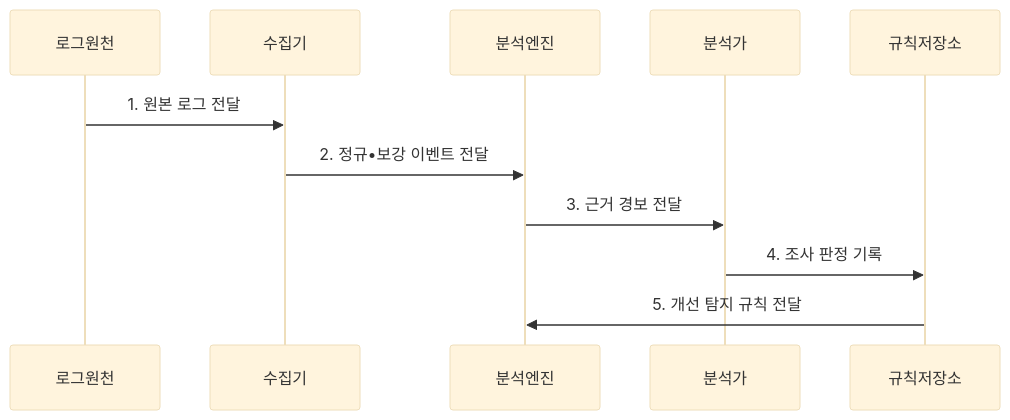
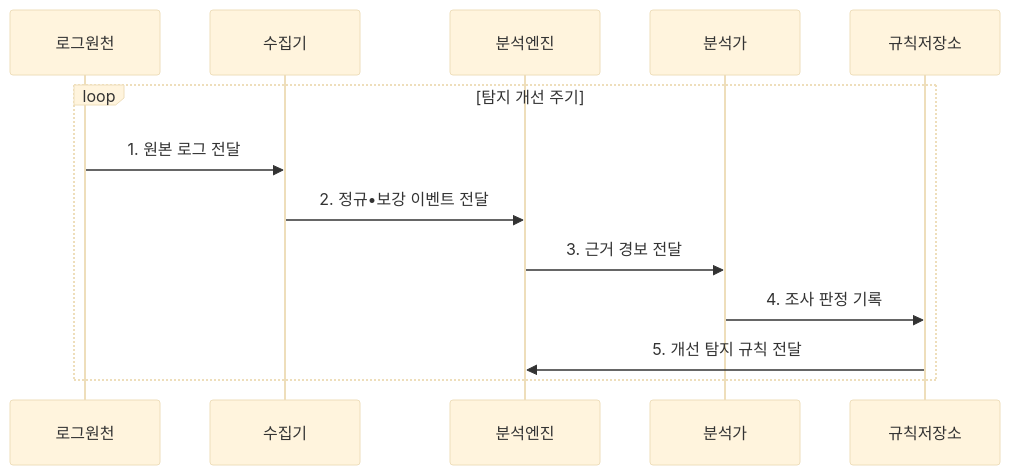
One commit to agnusdei1207/knowledge-base changed the second of 2 diagrams in src/content/docs/notes/04-network/093_siem_security_information_event_management.md. Above: the diagram before and after it, drawn with Mermaid (base theme). The commit also changed other lines of this file and 20 other files, not shown here.

````diff
--- a/src/content/docs/notes/04-network/093_siem_security_information_event_management.md
+++ b/src/content/docs/notes/04-network/093_siem_security_information_event_management.md
@@ -97,13 +97,15 @@
 ```mermaid
 sequenceDiagram
     participant 로그원천
     participant 수집기
     participant 분석엔진
     participant 분석가
     participant 규칙저장소
-    로그원천->>수집기: 1. 원본 로그 전달
-    수집기->>분석엔진: 2. 정규•보강 이벤트 전달
-    분석엔진->>분석가: 3. 근거 경보 전달
-    분석가->>규칙저장소: 4. 조사 판정 기록
-    규칙저장소->>분석엔진: 5. 개선 탐지 규칙 전달
+    loop 탐지 개선 주기
+        로그원천->>수집기: 1. 원본 로그 전달
+        수집기->>분석엔진: 2. 정규•보강 이벤트 전달
+        분석엔진->>분석가: 3. 근거 경보 전달
+        분석가->>규칙저장소: 4. 조사 판정 기록
+        규칙저장소->>분석엔진: 5. 개선 탐지 규칙 전달
+    end
 ```
````
